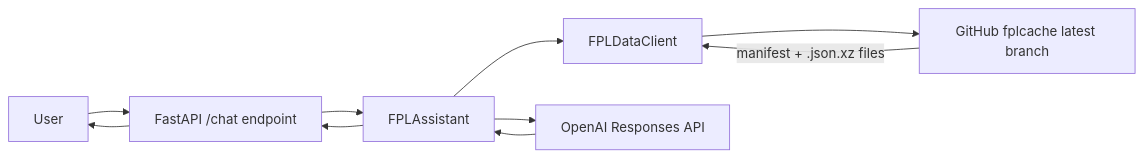
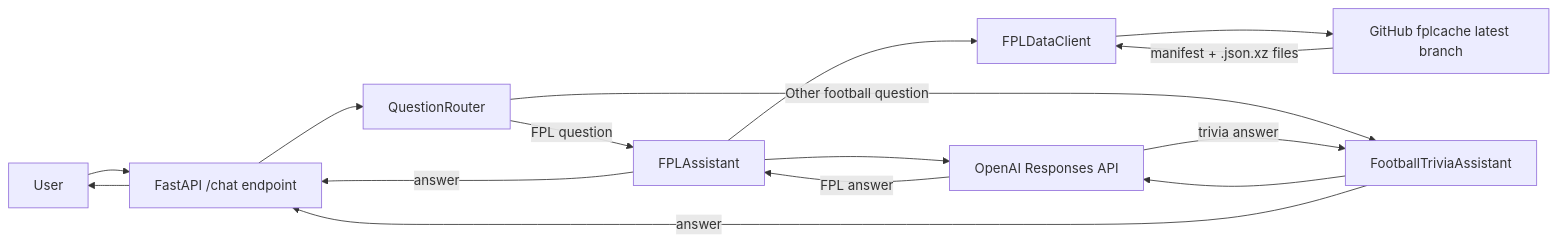
The diagram in README.md (mdoh80/fpl-stato), drawn with Mermaid before and after one commit. The commit also changed other lines of this file, not shown here.

Commit message:
Document football trivia support

````diff
--- a/README.md
+++ b/README.md
@@ -9,12 +10,17 @@
 ```mermaid
 flowchart LR
     User[User] --> API[FastAPI /chat endpoint]
-    API --> Assistant[FPLAssistant]
-    Assistant --> Data[FPLDataClient]
+    API --> Router[QuestionRouter]
+    Router -->|FPL question| FPL[FPLAssistant]
+    Router -->|Other football question| Trivia[FootballTriviaAssistant]
+    FPL --> Data[FPLDataClient]
     Data --> Cache[GitHub fplcache latest branch]
     Cache -->|manifest + .json.xz files| Data
-    Assistant --> OpenAI[OpenAI Responses API]
-    OpenAI --> Assistant
-    Assistant --> API
+    FPL --> OpenAI[OpenAI Responses API]
+    Trivia --> OpenAI
+    OpenAI -->|FPL answer| FPL
+    OpenAI -->|trivia answer| Trivia
+    FPL -->|answer| API
+    Trivia -->|answer| API
     API --> User
 ```
````
